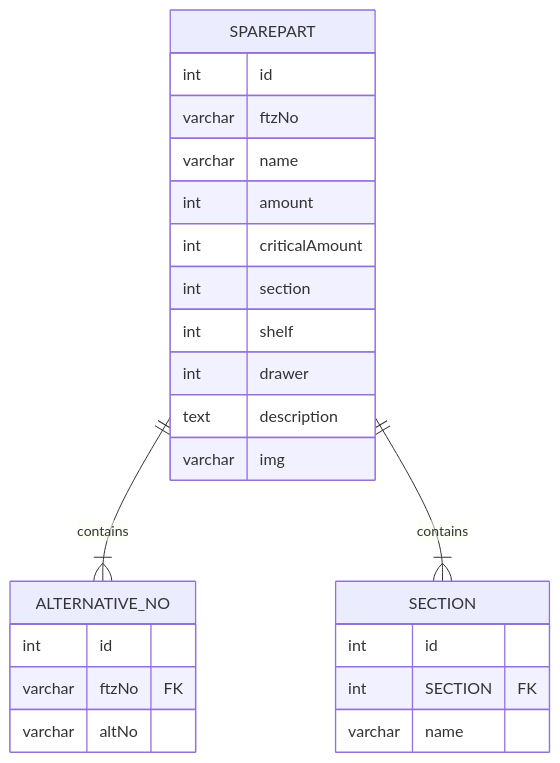
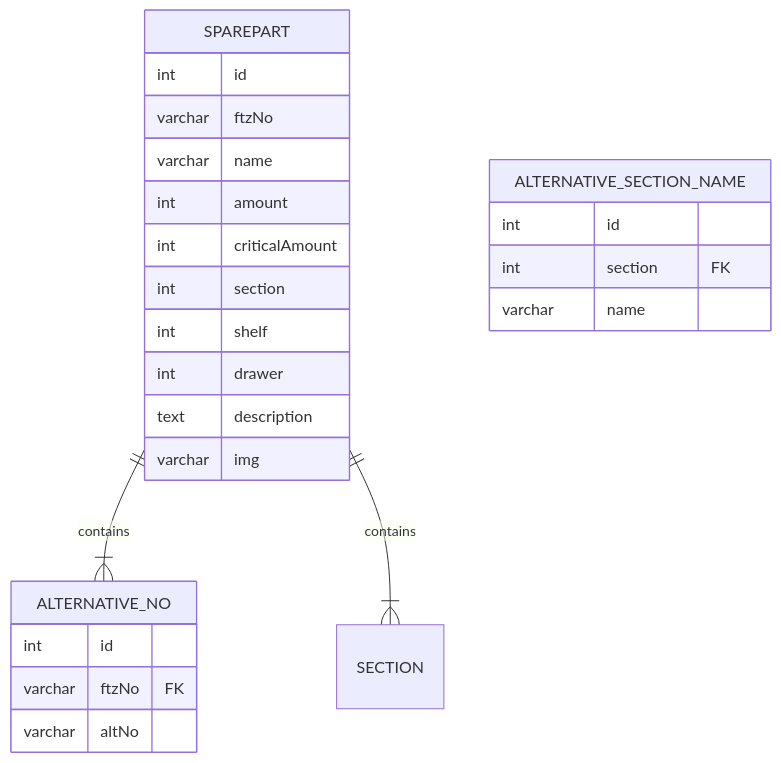
One commit to LinusTM/inventory-system changed the diagram in README.md. Above: the diagram before and after it, drawn with Mermaid.

Commit message:
updated mermaid

````diff
--- a/README.md
+++ b/README.md
@@ -7,27 +7,27 @@
 ```mermaid
 erDiagram
 SPAREPART ||--|{ ALTERNATIVE_NO : contains
 SPAREPART ||--|{ SECTION : contains
 SPAREPART {
 	int id
 		varchar ftzNo
 		varchar name
 		int amount
 		int criticalAmount
 		int section
 		int shelf
 		int drawer
 		text description
 		varchar img
 	}
 	ALTERNATIVE_NO {
 		int id
 			varchar ftzNo FK
 			varchar altNo
 	}
-	SECTION {
+	ALTERNATIVE_SECTION_NAME {
 		int id
-			int SECTION FK
+			int section FK
 			varchar name
 	}
 ```
````
